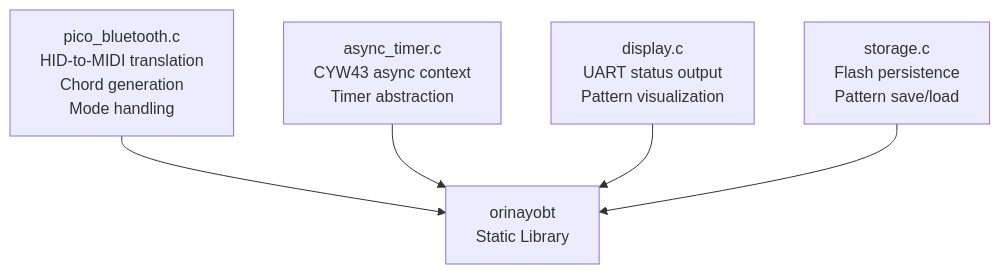
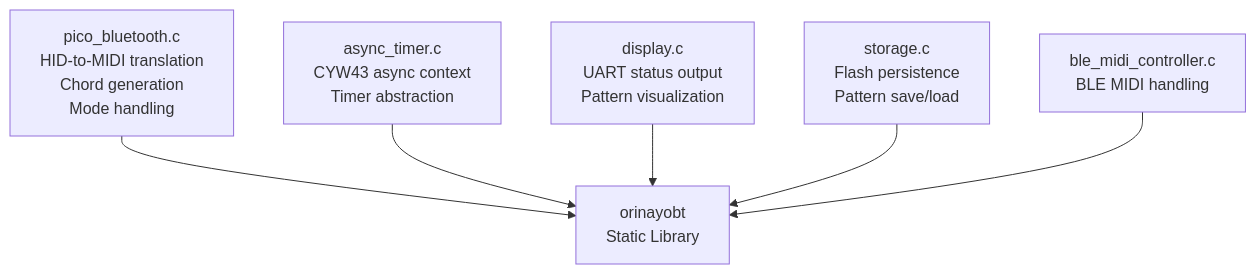
One commit to Jus-Be/orinayo-pico changed the second of 4 diagrams in wiki/9.1-cmake-configuration.md. Above: the diagram before and after it, drawn with Mermaid. The commit also changed other lines of this file and 42 other files, not shown here.

````diff
--- a/wiki/9.1-cmake-configuration.md
+++ b/wiki/9.1-cmake-configuration.md
@@ -137,14 +176,16 @@
 ```mermaid
 flowchart TD
 
 ORINAYOBT["orinayobt<br>Static Library"]
 PICO_BT["pico_bluetooth.c<br>HID-to-MIDI translation<br>Chord generation<br>Mode handling"]
 ASYNC["async_timer.c<br>CYW43 async context<br>Timer abstraction"]
 DISPLAY["display.c<br>UART status output<br>Pattern visualization"]
 STORAGE["storage.c<br>Flash persistence<br>Pattern save/load"]
+BLE_MIDI_CONTROLLER["ble_midi_controller.c<br>BLE MIDI handling"]
 
 PICO_BT --> ORINAYOBT
 ASYNC --> ORINAYOBT
 DISPLAY --> ORINAYOBT
 STORAGE --> ORINAYOBT
+BLE_MIDI_CONTROLLER --> ORINAYOBT
 ```
````
